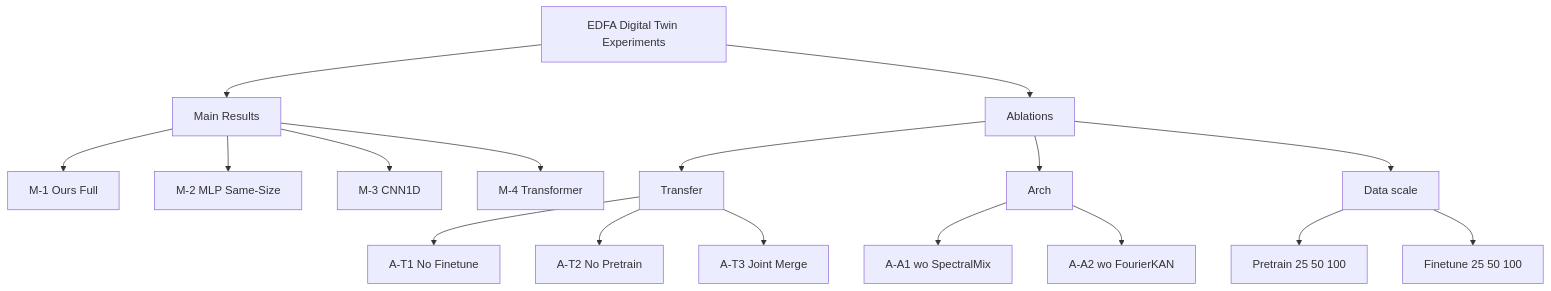
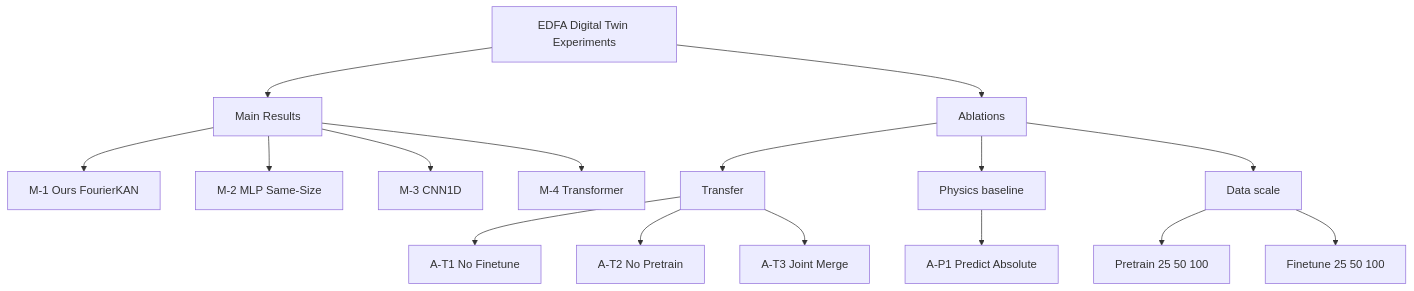
The diagram in docs/experiments.md (yukangZhuu/ofc_ml), drawn with Mermaid before and after one commit. The commit also changed other lines of this file and 8 other files, not shown here.

````diff
--- a/docs/experiments.md
+++ b/docs/experiments.md
@@ -146,20 +150,19 @@
 ```mermaid
 graph TD
     Root[EDFA Digital Twin Experiments]
     Root --> Main[Main Results]
     Root --> Abl[Ablations]
-    Main --> M1[M-1 Ours Full]
+    Main --> M1[M-1 Ours FourierKAN]
     Main --> M2[M-2 MLP Same-Size]
     Main --> M3[M-3 CNN1D]
     Main --> M4[M-4 Transformer]
     Abl --> T[Transfer]
-    Abl --> A[Arch]
+    Abl --> P[Physics baseline]
     Abl --> D[Data scale]
     T --> T1[A-T1 No Finetune]
     T --> T2[A-T2 No Pretrain]
     T --> T3[A-T3 Joint Merge]
-    A --> A1[A-A1 wo SpectralMix]
-    A --> A2[A-A2 wo FourierKAN]
+    P --> P1[A-P1 Predict Absolute]
     D --> Dp[Pretrain 25 50 100]
     D --> Df[Finetune 25 50 100]
 ```
````
